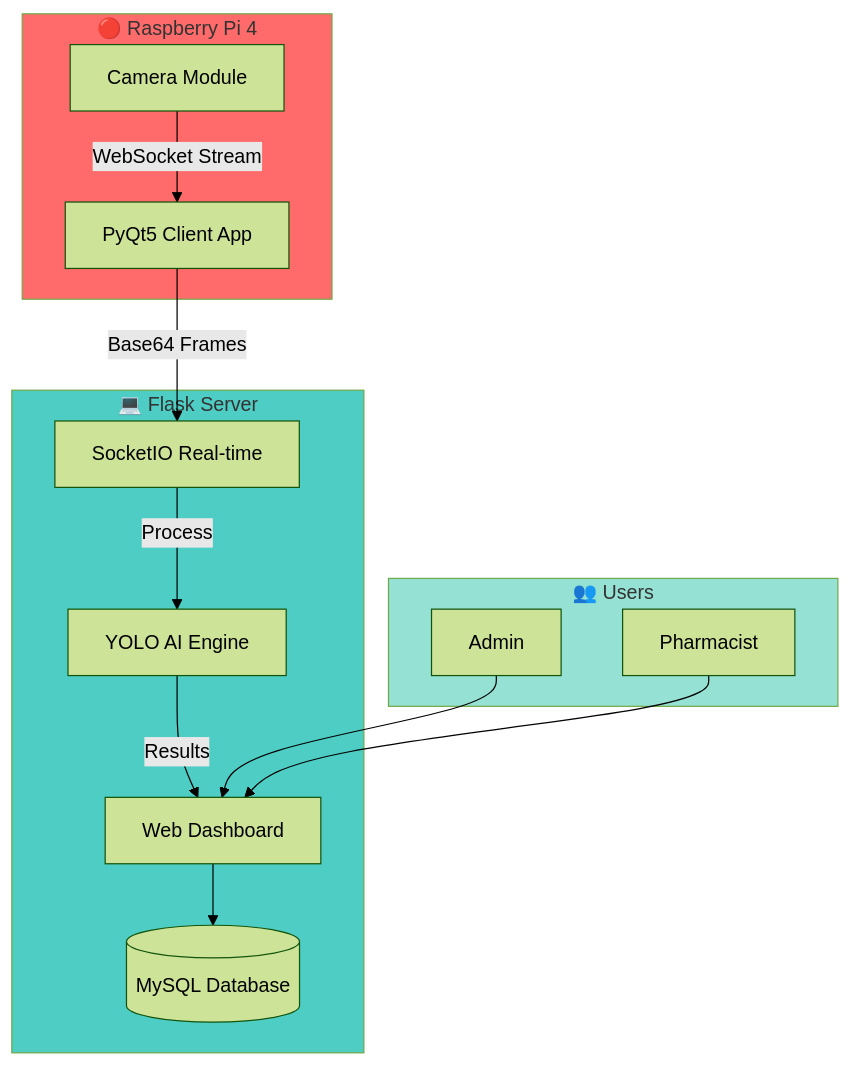
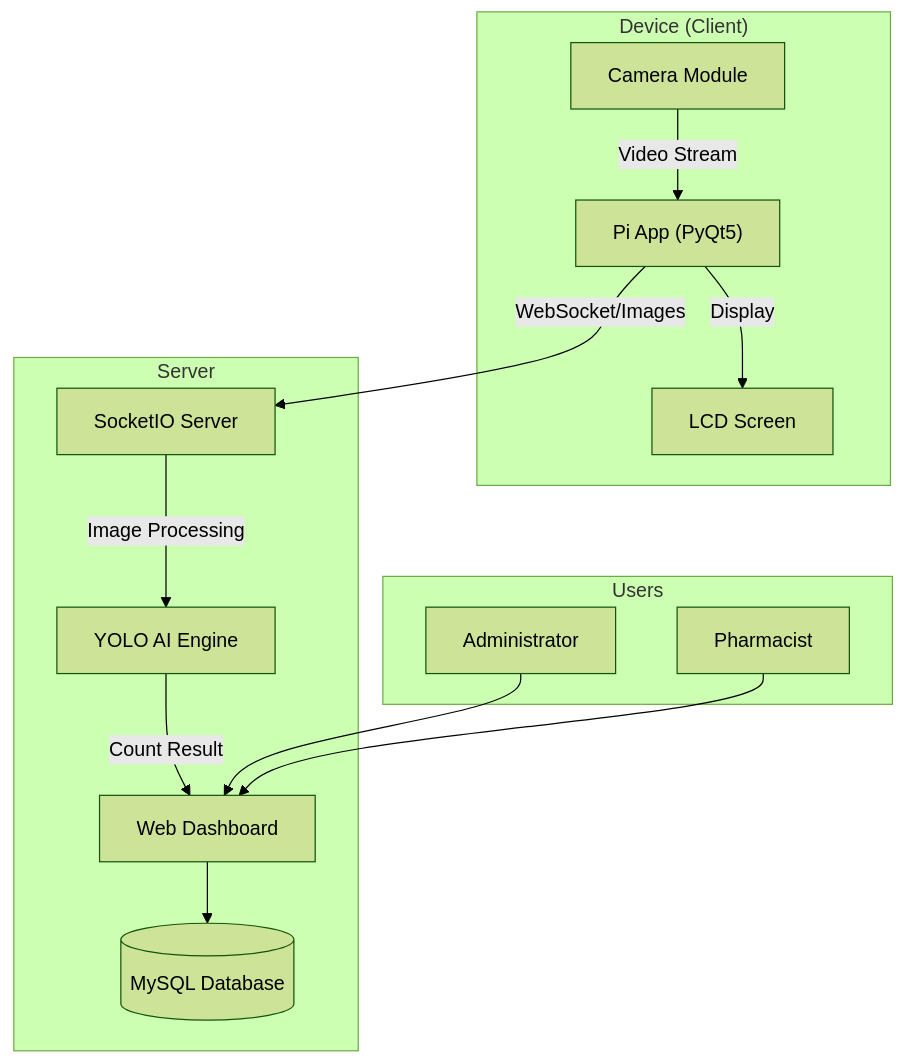
Before and after one commit to pbl4-hotrodemthuoc/PILL-COUNTER-PROJECT: the first of 3 diagrams in README.md, drawn with Mermaid (forest theme). The commit also changed other lines of this file, not shown here.

````diff
--- a/README.md
+++ b/README.md
@@ -62,31 +64,29 @@
 ```mermaid
 graph TB
-    subgraph Device["🔴 Raspberry Pi 4"]
+    subgraph Device["Device (Client)"]
         CAM[Camera Module]
-        PI_APP[PyQt5 Client App]
+        LCD[LCD Screen]
+        PI_APP["Pi App (PyQt5)"]
     end
     
-    subgraph Server["💻 Flask Server"]
+    subgraph Server["Server"]
         WEB[Web Dashboard]
         AI[YOLO AI Engine]
         DB[(MySQL Database)]
-        SOCKET[SocketIO Real-time]
+        SOCKET[SocketIO Server]
     end
     
-    subgraph Users["👥 Users"]
-        ADMIN[Admin]
+    subgraph Users["Users"]
+        ADMIN[Administrator]
         PHARM[Pharmacist]
     end
     
-    CAM -->|WebSocket Stream| PI_APP
-    PI_APP -->|Base64 Frames| SOCKET
-    SOCKET -->|Process| AI
-    AI -->|Results| WEB
+    CAM -->|Video Stream| PI_APP
+    PI_APP -->|Display| LCD
+    PI_APP -->|WebSocket/Images| SOCKET
+    SOCKET -->|Image Processing| AI
+    AI -->|Count Result| WEB
     WEB --> DB
     ADMIN --> WEB
     PHARM --> WEB
-    
-    style Device fill:#ff6b6b
-    style Server fill:#4ecdc4
-    style Users fill:#95e1d3
 ```
````
